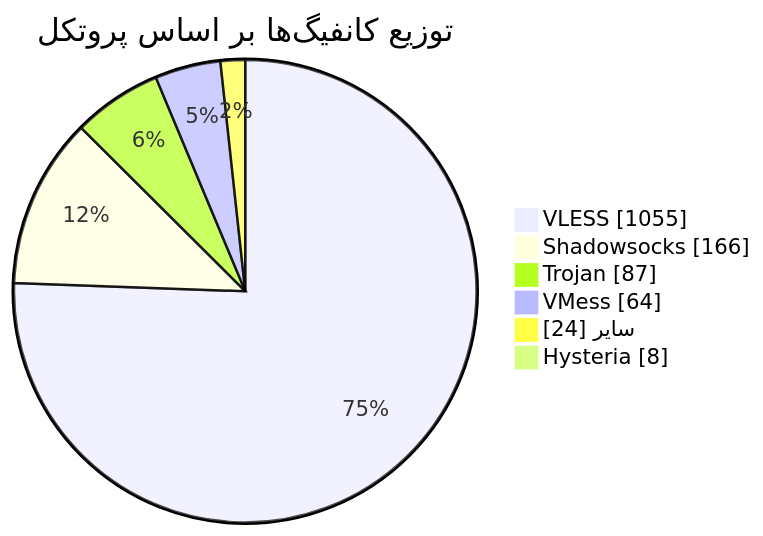
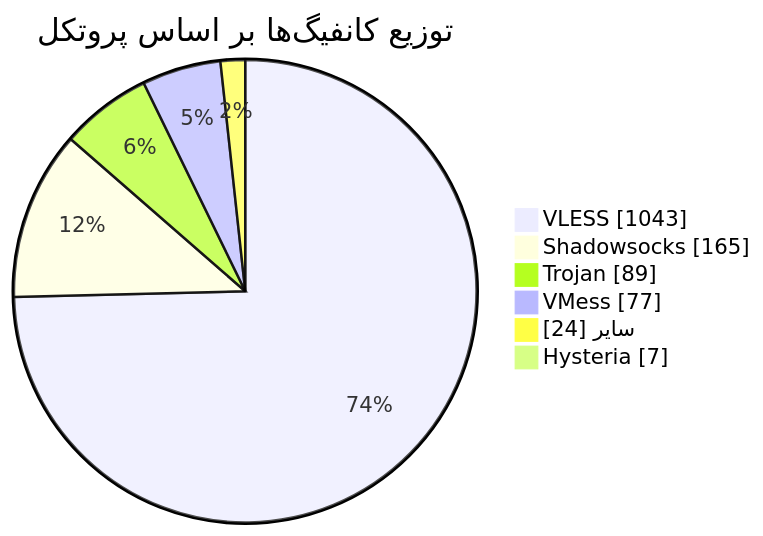
Before and after one commit to Arian-Alijani/Somthing: the diagram in README.md, drawn with Mermaid. The commit also changed other lines of this file and 99 other files, not shown here.

````diff
--- a/README.md
+++ b/README.md
@@ -50,10 +50,10 @@
 ```mermaid
 pie showData
     title توزیع کانفیگ‌ها بر اساس پروتکل
-    "VLESS" : 1055
-    "Shadowsocks" : 166
-    "Trojan" : 87
-    "VMess" : 64
+    "VLESS" : 1043
+    "Shadowsocks" : 165
+    "Trojan" : 89
+    "VMess" : 77
     "سایر" : 24
-    "Hysteria" : 8
+    "Hysteria" : 7
 ```
````
